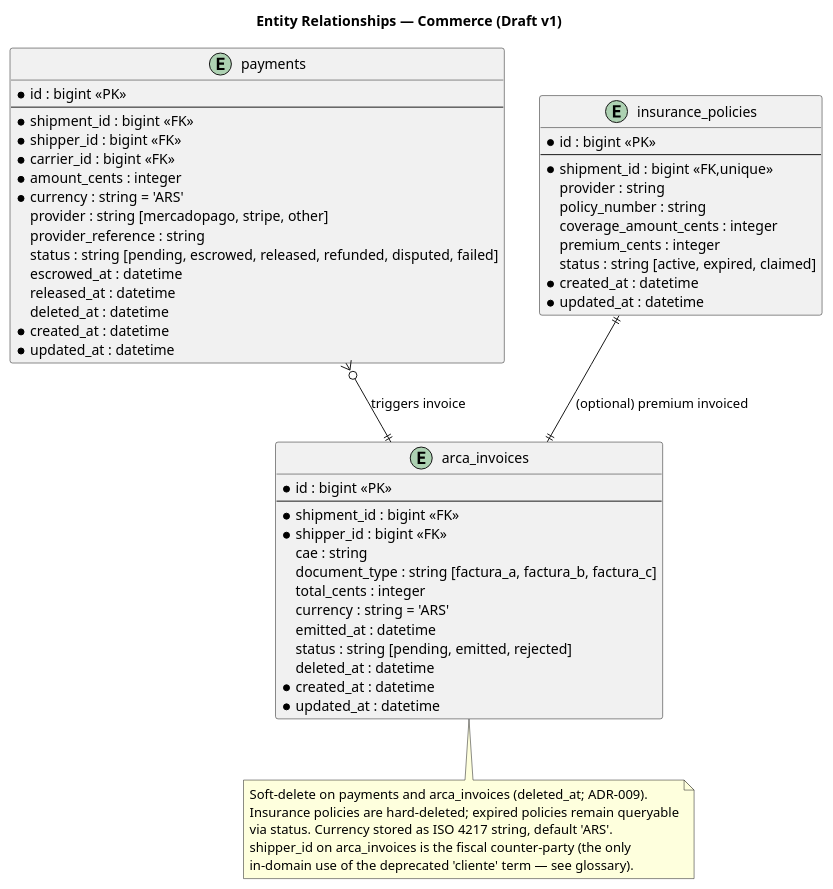
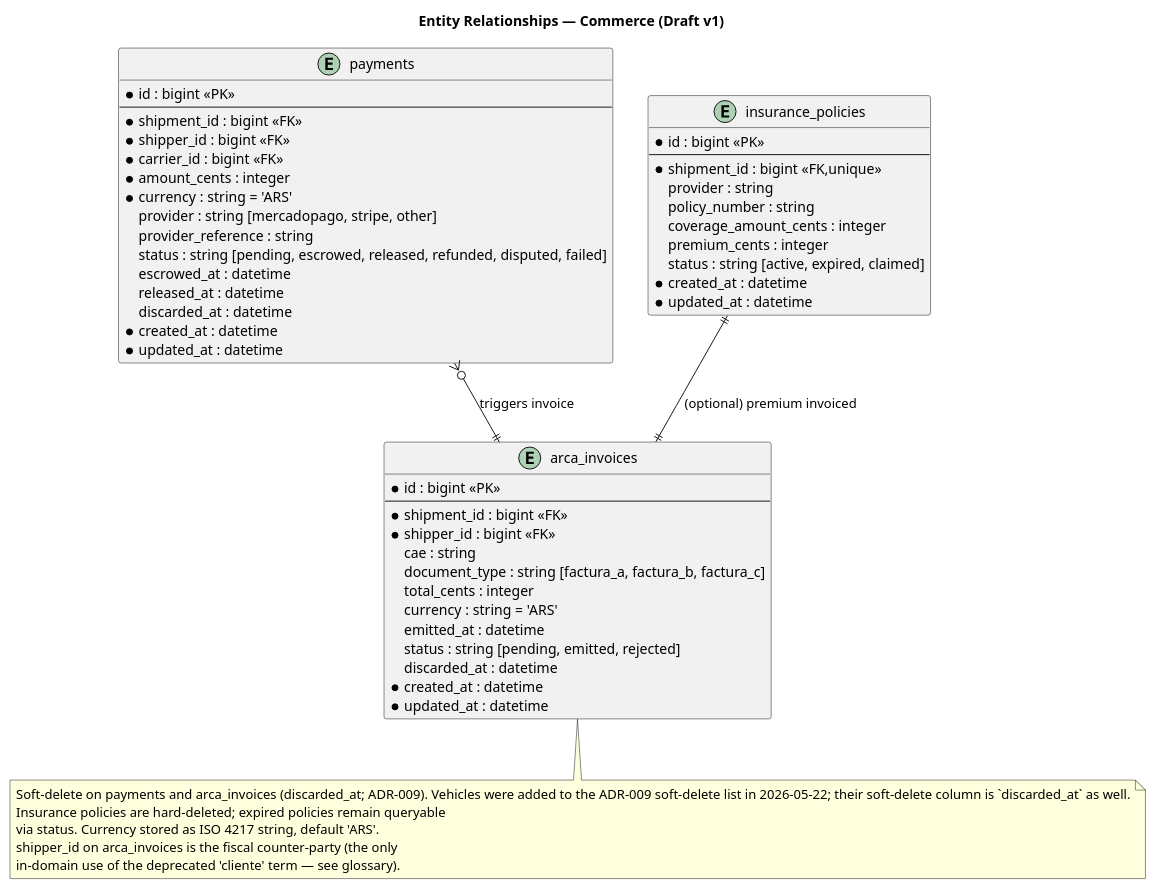
One commit to matias-ferrero/Truckr changed the diagram in docs/04-database-diagrams/erd-commerce.puml. Above: the diagram before and after it, drawn with PlantUML. The commit also changed 24 other files, not shown here.

Commit message:
feat(vehicles): implemented soft deletion of vehicles (#275)

```diff
--- a/docs/04-database-diagrams/erd-commerce.puml
+++ b/docs/04-database-diagrams/erd-commerce.puml
@@ -1,62 +1,62 @@
 @startuml erd-commerce
 title Entity Relationships — Commerce (Draft v1)
 
 entity "payments" as p {
   * id : bigint <<PK>>
   --
   * shipment_id : bigint <<FK>>
   * shipper_id : bigint <<FK>>
   * carrier_id : bigint <<FK>>
   * amount_cents : integer
   * currency : string = 'ARS'
   provider : string [mercadopago, stripe, other]
   provider_reference : string
   status : string [pending, escrowed, released, refunded, disputed, failed]
   escrowed_at : datetime
   released_at : datetime
-  deleted_at : datetime
+  discarded_at : datetime
   * created_at : datetime
   * updated_at : datetime
 }
 
 entity "insurance_policies" as ip {
   * id : bigint <<PK>>
   --
   * shipment_id : bigint <<FK,unique>>
   provider : string
   policy_number : string
   coverage_amount_cents : integer
   premium_cents : integer
   status : string [active, expired, claimed]
   * created_at : datetime
   * updated_at : datetime
 }
 
 entity "arca_invoices" as inv {
   * id : bigint <<PK>>
   --
   * shipment_id : bigint <<FK>>
   * shipper_id : bigint <<FK>>
   cae : string
   document_type : string [factura_a, factura_b, factura_c]
   total_cents : integer
   currency : string = 'ARS'
   emitted_at : datetime
   status : string [pending, emitted, rejected]
-  deleted_at : datetime
+  discarded_at : datetime
   * created_at : datetime
   * updated_at : datetime
 }
 
 p }o--|| inv : "triggers invoice"
 ip ||--|| inv : "(optional) premium invoiced"
 
 note bottom
-  Soft-delete on payments and arca_invoices (deleted_at; ADR-009).
+  Soft-delete on payments and arca_invoices (discarded_at; ADR-009). Vehicles were added to the ADR-009 soft-delete list in 2026-05-22; their soft-delete column is `discarded_at` as well.
   Insurance policies are hard-deleted; expired policies remain queryable
   via status. Currency stored as ISO 4217 string, default 'ARS'.
   shipper_id on arca_invoices is the fiscal counter-party (the only
   in-domain use of the deprecated 'cliente' term — see glossary).
 end note
 
 @enduml
```
